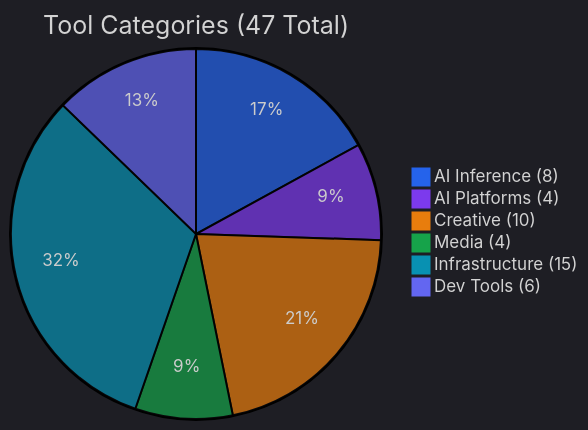
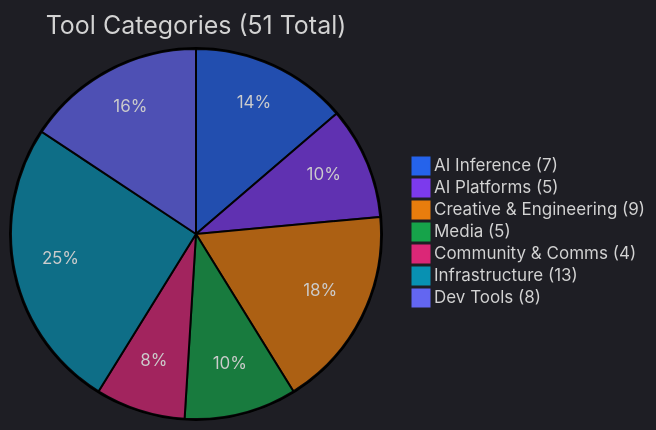
The diagram in docs/TOOLS.md (mvalancy/val-ark), drawn with Mermaid before and after one commit. The commit also changed other lines of this file and 34 other files, not shown here.

````diff
--- a/docs/TOOLS.md
+++ b/docs/TOOLS.md
@@ -10,10 +12,11 @@
 ```mermaid
-%%{init: {'theme': 'dark', 'themeVariables': {'pie1': '#2563eb', 'pie2': '#7c3aed', 'pie3': '#e87d0d', 'pie4': '#16a34a', 'pie5': '#0891b2', 'pie6': '#6366f1'}}}%%
-pie title Tool Categories (47 Total)
-    "AI Inference (8)" : 8
-    "AI Platforms (4)" : 4
-    "Creative (10)" : 10
-    "Media (4)" : 4
-    "Infrastructure (15)" : 15
-    "Dev Tools (6)" : 6
+%%{init: {'theme': 'dark', 'themeVariables': {'pie1': '#2563eb', 'pie2': '#7c3aed', 'pie3': '#e87d0d', 'pie4': '#16a34a', 'pie5': '#db2777', 'pie6': '#0891b2', 'pie7': '#6366f1'}}}%%
+pie title Tool Categories (51 Total)
+    "AI Inference (7)" : 7
+    "AI Platforms (5)" : 5
+    "Creative & Engineering (9)" : 9
+    "Media (5)" : 5
+    "Community & Comms (4)" : 4
+    "Infrastructure (13)" : 13
+    "Dev Tools (8)" : 8
 ```
````
